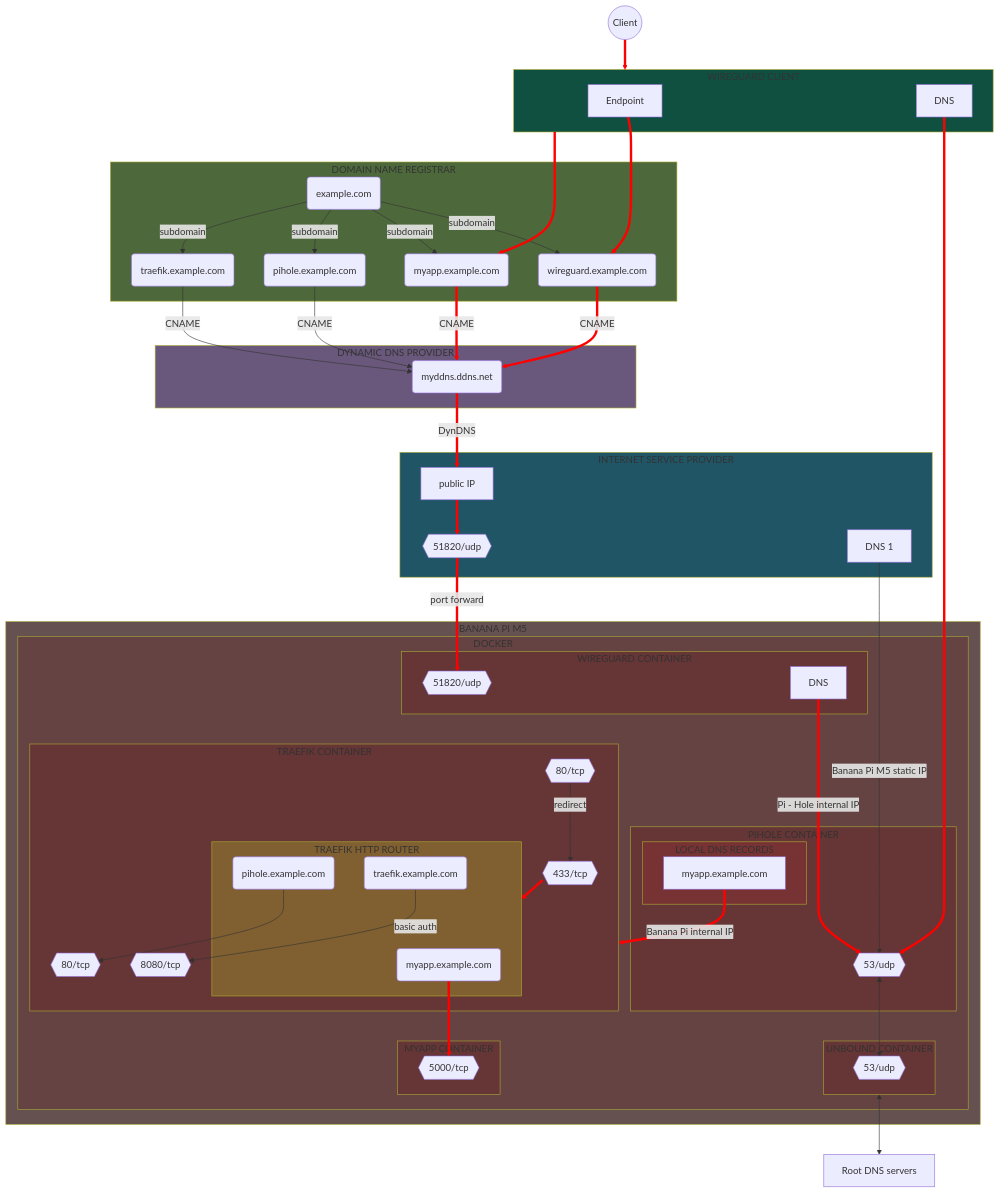
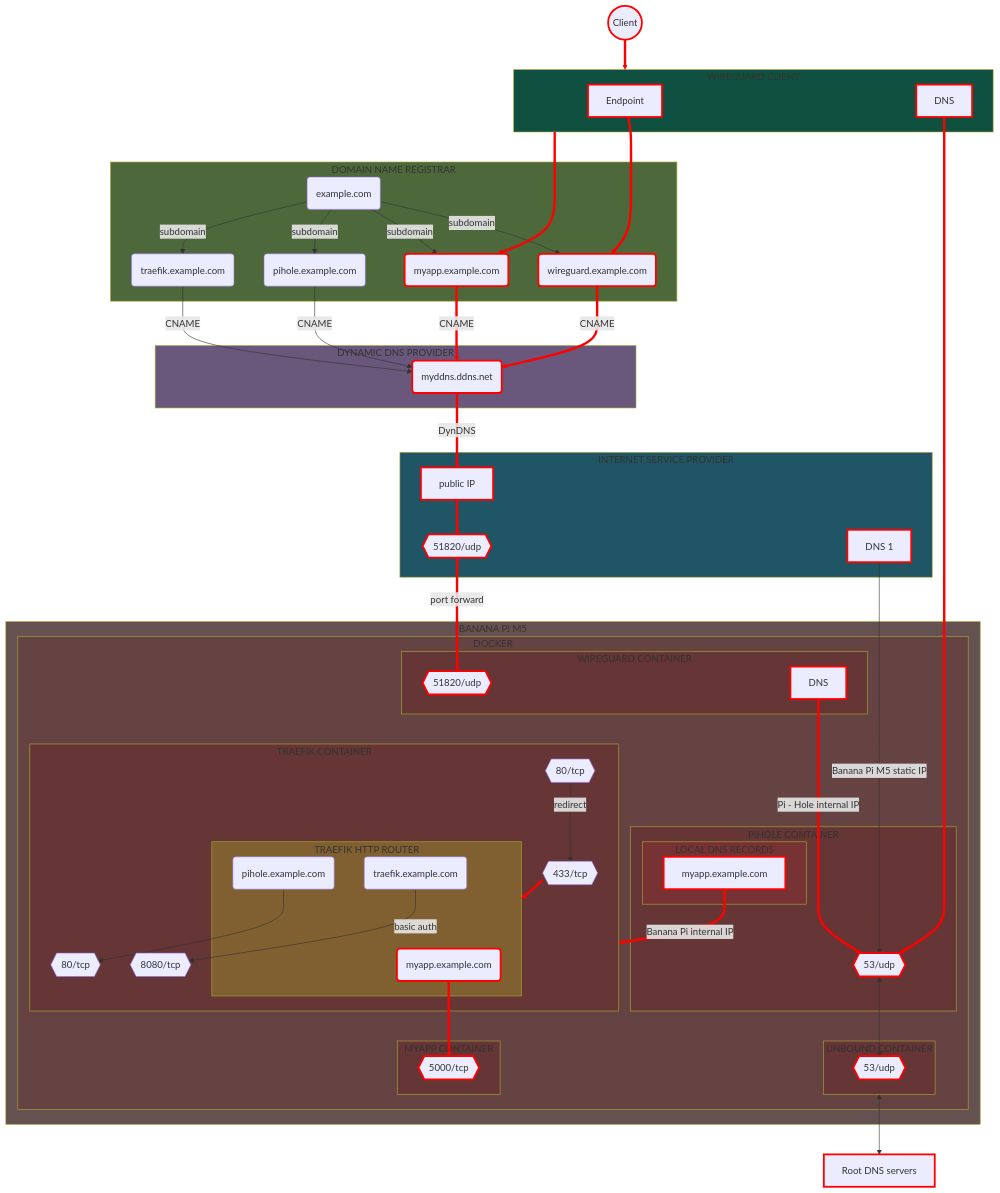
The seventh of 7 diagrams in README.md (Yann39/self-hosted), drawn with Mermaid before and after one commit. The commit also changed other lines of this file and 5 other files, not shown here.

```diff
--- a/README.md
+++ b/README.md
@@ -1326,27 +1345,27 @@
     style TRAEFIK_ROUTER fill: #806030
     style WIREGUARD_CLIENT fill: #105040
     style PIHOLE_DNS_RECORDS fill: #773333
-    
+    classDef redBorder stroke-width: 3px, stroke: red
     DOMAIN(example.com)
-    SUBDOMAIN_WIREGUARD(wireguard.example.com)
-    SUBDOMAIN_MYAPP(myapp.example.com)
+    SUBDOMAIN_WIREGUARD(wireguard.example.com):::redBorder
+    SUBDOMAIN_MYAPP(myapp.example.com):::redBorder
     SUBDOMAIN_TRAEFIK(traefik.example.com)
     SUBDOMAIN_PIHOLE(pihole.example.com)
-    DDNS(myddns.ddns.net)
-    ROUTER[public IP]
-    ROUTER_PORT51820{{51820/udp}}
-    DOCKER_WIREGUARD_PORT51820{{51820/udp}}
-    DOCKER_MYAPP_PORT5000{{5000/tcp}}
+    DDNS(myddns.ddns.net):::redBorder
+    ROUTER[public IP]:::redBorder
+    ROUTER_PORT51820{{51820/udp}}:::redBorder
+    DOCKER_WIREGUARD_PORT51820{{51820/udp}}:::redBorder
+    DOCKER_MYAPP_PORT5000{{5000/tcp}}:::redBorder
     DOCKER_PIHOLE_PORT80{{80/tcp}}
-    DOCKER_PIHOLE_PORT53{{53/udp}}
+    DOCKER_PIHOLE_PORT53{{53/udp}}:::redBorder
     DOCKER_TRAEFIK_PORT443{{433/tcp}}
     DOCKER_TRAEFIK_PORT80{{80/tcp}}
     DOCKER_TRAEFIK_PORT8080{{8080/tcp}}
-    DOCKER_UNBOUND_PORT53{{53/udp}}
-    TRAEFIK_ROUTER_MYAPP(myapp.example.com)
+    DOCKER_UNBOUND_PORT53{{53/udp}}:::redBorder
+    TRAEFIK_ROUTER_MYAPP(myapp.example.com):::redBorder
     TRAEFIK_ROUTER_PIHOLE(pihole.example.com)
     TRAEFIK_ROUTER_TRAEFIK(traefik.example.com)
-    ROOT_DNS_SERVERS[Root DNS servers]
+    ROOT_DNS_SERVERS[Root DNS servers]:::redBorder
 
     subgraph HOSTING_PROVIDER[DOMAIN NAME REGISTRAR]
         DOMAIN -->|subdomain| SUBDOMAIN_WIREGUARD
@@ -1365,27 +1384,24 @@
     subgraph INTERNET_SERVICE_PROVIDER[INTERNET SERVICE PROVIDER]
         DDNS -->|DynDNS| ROUTER
         ROUTER --> ROUTER_PORT51820
-        DNS[DNS 1]
+        DNS[DNS 1]:::redBorder
     end
 
     subgraph WIREGUARD_CLIENT[WIREGUARD CLIENT]
-        WIREGUARD_CLIENT_ENDPOINT[Endpoint]
-        WIREGUARD_CLIENT_DNS[DNS]
+        WIREGUARD_CLIENT_ENDPOINT[Endpoint]:::redBorder
+        WIREGUARD_CLIENT_DNS[DNS]:::redBorder
     end
 
-    CLIENT((Client)) --> WIREGUARD_CLIENT
-    
+    CLIENT((Client)):::redBorder --> WIREGUARD_CLIENT
     WIREGUARD_CLIENT_ENDPOINT --> SUBDOMAIN_WIREGUARD
     WIREGUARD_CLIENT_DNS --> DOCKER_PIHOLE_PORT53
     WIREGUARD_CLIENT ---> SUBDOMAIN_MYAPP
     DNS -->|Banana Pi M5 static IP| DOCKER_PIHOLE_PORT53
     ROUTER_PORT51820 -->|port forward| DOCKER_WIREGUARD_PORT51820
-    
+
     subgraph SINGLE_BOARD_COMPUTER[BANANA PI M5]
         subgraph CONTAINER_ENGINE[DOCKER]
-
             subgraph TRAEFIK_CONTAINER[TRAEFIK CONTAINER]
-
                 subgraph TRAEFIK_ROUTER[TRAEFIK HTTP ROUTER]
                     TRAEFIK_ROUTER_PIHOLE
                     TRAEFIK_ROUTER_TRAEFIK
@@ -1403,13 +1419,13 @@
                 DOCKER_PIHOLE_PORT53
 
                 subgraph PIHOLE_DNS_RECORDS[LOCAL DNS RECORDS]
-                    PIHOLE_DNS_MYAPP[myapp.example.com]
+                    PIHOLE_DNS_MYAPP[myapp.example.com]:::redBorder
                 end
             end
 
             subgraph WIREGUARD_CONTAINER[WIREGUARD CONTAINER]
                 DOCKER_WIREGUARD_PORT51820
-                DNS_WIREGUARD[DNS]
+                DNS_WIREGUARD[DNS]:::redBorder
             end
 
             subgraph UNBOUND_CONTAINER[UNBOUND CONTAINER]
@@ -1430,7 +1446,6 @@
     end
 
     UNBOUND_CONTAINER <--> ROOT_DNS_SERVERS
-
     linkStyle 4 stroke-width: 4px, stroke: red
     linkStyle 5 stroke-width: 4px, stroke: red
     linkStyle 8 stroke-width: 4px, stroke: red
```
